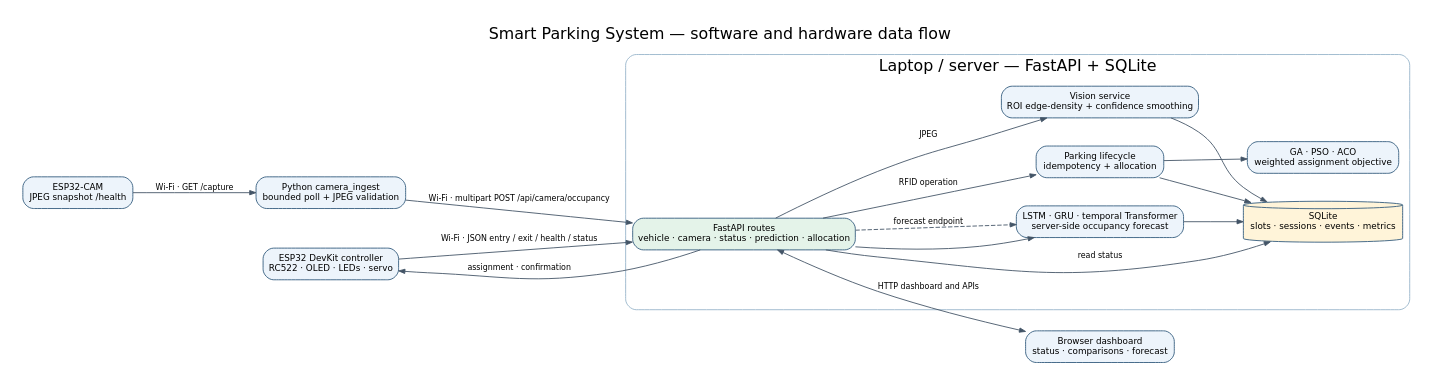
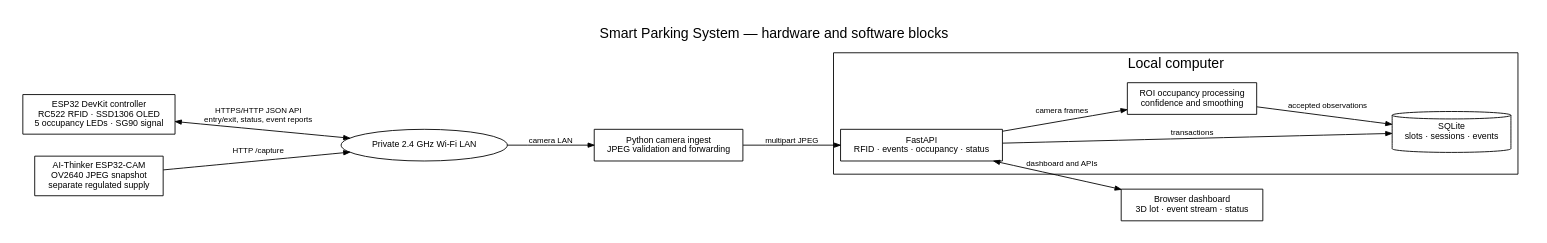
One commit to dumbly-smart/smart-parking changed the diagram in docs/hardware/system_architecture.dot. Above: the diagram before and after it, drawn with Graphviz. The commit also changed 95 other files, not shown here.

Commit message:
Complete smart parking integration deliverables

```diff
--- a/docs/hardware/system_architecture.dot
+++ b/docs/hardware/system_architecture.dot
@@ -1,36 +1,23 @@
 digraph system {
-  graph [rankdir=LR, bgcolor="white", pad="0.25", nodesep="0.45", ranksep="0.7", fontname="DejaVu Sans", labelloc="t", label="Smart Parking System — software and hardware data flow", fontsize=18];
-  node [shape=box, style="rounded,filled", fillcolor="#edf4fb", color="#315a7d", fontname="DejaVu Sans", fontsize=10, margin="0.12,0.08"];
-  edge [fontname="DejaVu Sans", fontsize=9, color="#425466", arrowsize=0.7];
-
-  cam [label="ESP32-CAM\nJPEG snapshot /health"];
-  ingest [label="Python camera_ingest\nbounded poll + JPEG validation"];
-  controller [label="ESP32 DevKit controller\nRC522 · OLED · LEDs · servo"];
-  browser [label="Browser dashboard\nstatus · comparisons · forecast"];
-
-  subgraph cluster_backend {
-    label="Laptop / server — FastAPI + SQLite";
-    color="#97b4ca"; style="rounded";
-    api [label="FastAPI routes\nvehicle · camera · status · prediction · allocation", fillcolor="#e4f3e9"];
-    vision [label="Vision service\nROI edge-density + confidence smoothing"];
-    lifecycle [label="Parking lifecycle\nidempotency + allocation"];
-    optimizer [label="GA · PSO · ACO\nweighted assignment objective"];
-    prediction [label="LSTM · GRU · temporal Transformer\nserver-side occupancy forecast"];
-    db [shape=cylinder, label="SQLite\nslots · sessions · events · metrics", fillcolor="#fff4d9"];
-    api -> vision [label="JPEG"];
-    api -> lifecycle [label="RFID operation"];
-    lifecycle -> optimizer;
-    api -> prediction;
-    vision -> db;
-    lifecycle -> db;
-    prediction -> db;
-    api -> db [label="read status"];
+  graph [rankdir=LR, bgcolor=white, pad=0.25, nodesep=0.35, ranksep=0.6, fontname="Helvetica", labelloc=t, label="Smart Parking System — hardware and software blocks", fontsize=16];
+  node [shape=box, style="solid", color=black, fontcolor=black, fontname="Helvetica", fontsize=10, margin="0.12,0.08", penwidth=1];
+  edge [color=black, fontcolor=black, fontname="Helvetica", fontsize=9, arrowsize=0.7, penwidth=1];
+  controller [label="ESP32 DevKit controller\nRC522 RFID · SSD1306 OLED\n5 occupancy LEDs · SG90 signal"];
+  cam [label="AI-Thinker ESP32-CAM\nOV2640 JPEG snapshot\nseparate regulated supply"];
+  wifi [shape=ellipse, label="Private 2.4 GHz Wi-Fi LAN"];
+  ingest [label="Python camera ingest\nJPEG validation and forwarding"];
+  subgraph cluster_server { label="Local computer"; color=black; style=solid;
+    api [label="FastAPI\nRFID · events · occupancy · status"];
+    db [shape=cylinder, label="SQLite\nslots · sessions · events"];
+    vision [label="ROI occupancy processing\nconfidence and smoothing"];
+    api -> db [label="transactions"];
+    api -> vision [label="camera frames"];
+    vision -> db [label="accepted observations"];
   }
-
-  cam -> ingest [label="Wi-Fi · GET /capture"];
-  ingest -> api [label="Wi-Fi · multipart POST /api/camera/occupancy"];
-  controller -> api [label="Wi-Fi · JSON entry / exit / health / status"];
-  api -> controller [label="assignment · confirmation"];
-  api -> browser [dir=both, label="HTTP dashboard and APIs"];
-  api -> prediction [style=dashed, label="forecast endpoint"];
+  browser [label="Browser dashboard\n3D lot · event stream · status"];
+  controller -> wifi [dir=both, label="HTTPS/HTTP JSON API\nentry/exit, status, event reports"];
+  cam -> wifi [label="HTTP /capture"];
+  wifi -> ingest [label="camera LAN"];
+  ingest -> api [label="multipart JPEG"];
+  api -> browser [dir=both, label="dashboard and APIs"];
 }
```
